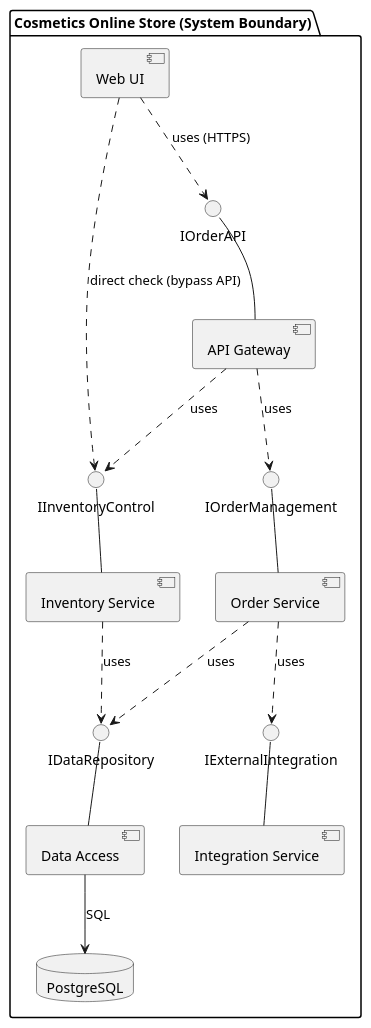
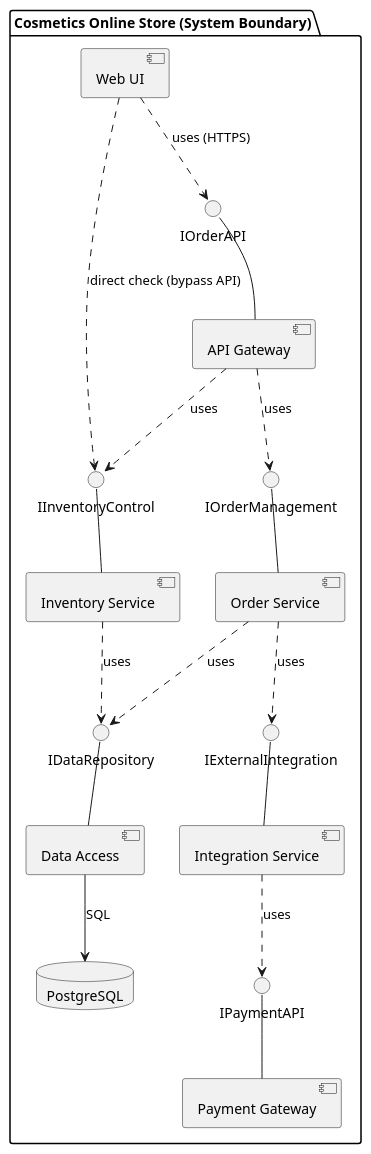
Before and after one commit to sofiisunn/KPI: the diagram in components.puml, drawn with PlantUML.

Commit message:
Add Payment Gateway component to UML diagram

```diff
--- a/components.puml
+++ b/components.puml
@@ -1,48 +1,47 @@
 @startuml
 top to bottom direction
 skinparam componentStyle uml2
 
 package "Cosmetics Online Store (System Boundary)" {
   
-  ' Шар 1: Клієнтський інтерфейс
   component [Web UI] as UI
   
-  ' Шар 2: Шлюз входу
   component [API Gateway] as API
   interface "IOrderAPI" as i_api
   
-  ' Зв'язок між UI та API через інтерфейс (provided & required)
   API -up- i_api
   UI ..> i_api : uses (HTTPS)
 
-  ' Шар 3: Бізнес-сервіси
   component [Order Service] as OrderSvc
   component [Inventory Service] as InvSvc
   component [Integration Service] as IntSvc
 
   interface "IOrderManagement" as i_order
   interface "IInventoryControl" as i_inv
   interface "IExternalIntegration" as i_int
 
   OrderSvc -up- i_order
   InvSvc -up- i_inv
   IntSvc -up- i_int
 
   API ..> i_order : uses
   API ..> i_inv : uses
   OrderSvc ..> i_int : uses
   UI ..> i_inv : direct check (bypass API)
 
-  ' Шар 4: Доступ до даних
   component [Data Access] as DAL
   interface "IDataRepository" as i_dal
   DAL -up- i_dal
   OrderSvc ..> i_dal : uses
   InvSvc ..> i_dal : uses
 
-  ' Шар 5: База даних
   database "PostgreSQL" as DB
   DAL --> DB : SQL
+
+  component [Payment Gateway] as PayGw
+  interface "IPaymentAPI" as i_pay
+  PayGw -up- i_pay
+  IntSvc ..> i_pay : uses
 }
 
 @enduml
```
